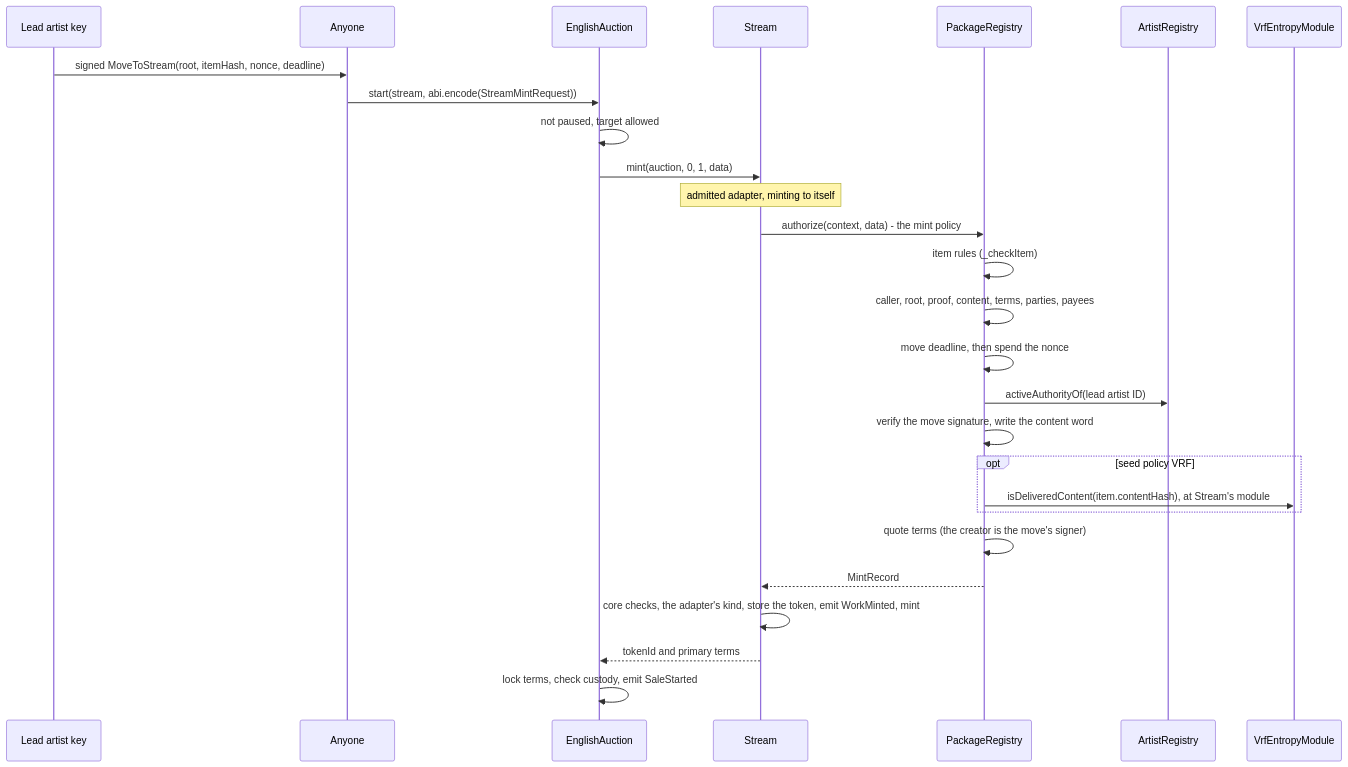
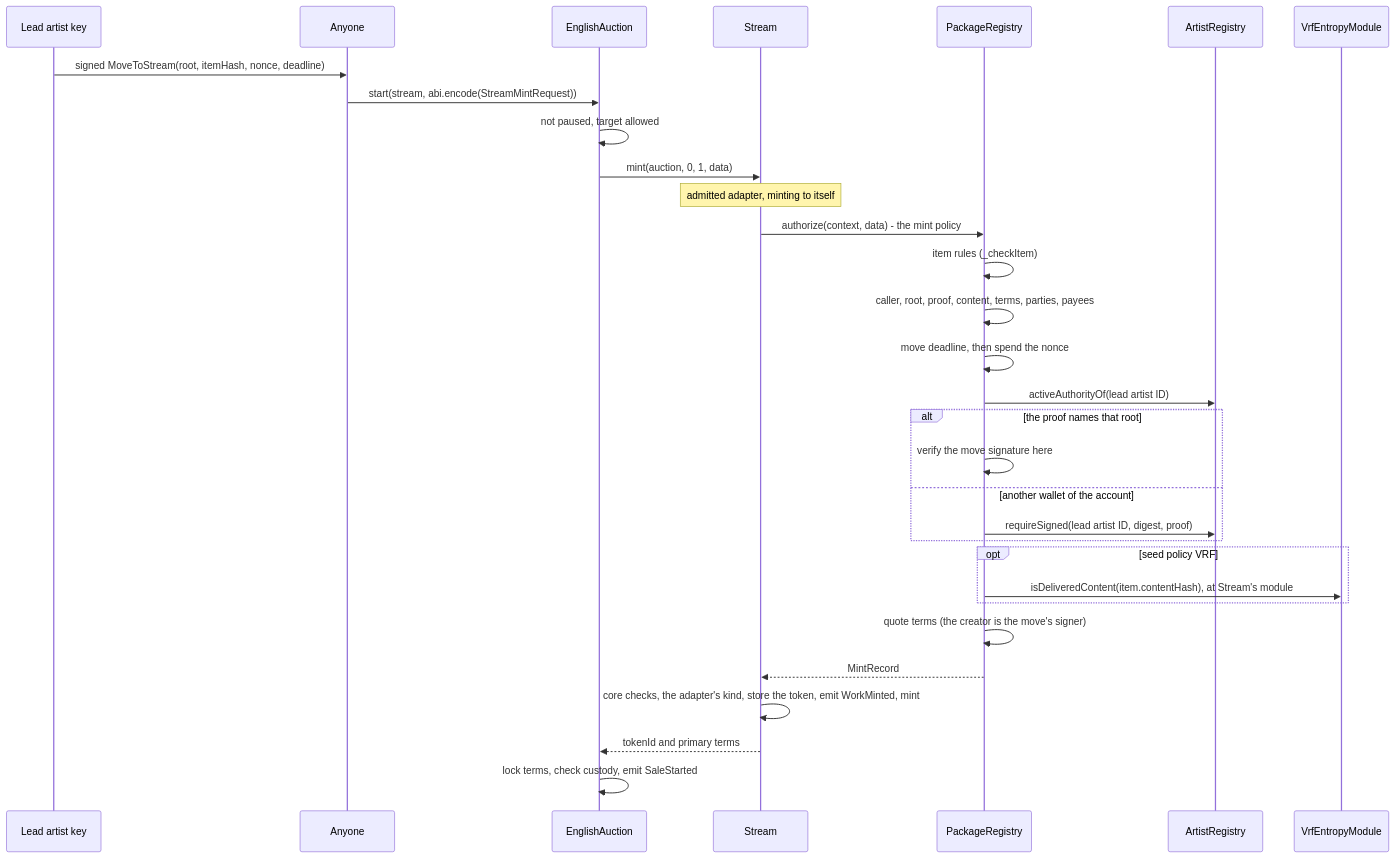
The sixth of 8 diagrams in docs/spec/curation.md (6529-Collections/6529-works), drawn with Mermaid before and after one commit. The commit also changed other lines of this file and 352 other files, not shown here.

````diff
--- a/docs/spec/curation.md
+++ b/docs/spec/curation.md
@@ -312,29 +320,33 @@
 ```mermaid
 sequenceDiagram
     participant Lead as Lead artist key
     participant Anyone as Anyone
     participant Auction as EnglishAuction
     participant Stream as Stream
     participant Registry as PackageRegistry
     participant Artists as ArtistRegistry
     participant Entropy as VrfEntropyModule
     Lead->>Anyone: signed MoveToStream(root, itemHash, nonce, deadline)
     Anyone->>Auction: start(stream, abi.encode(StreamMintRequest))
     Auction->>Auction: not paused, target allowed
     Auction->>Stream: mint(auction, 0, 1, data)
     Note over Stream: admitted adapter, minting to itself
     Stream->>Registry: authorize(context, data) - the mint policy
     Registry->>Registry: item rules (_checkItem)
     Registry->>Registry: caller, root, proof, content, terms, parties, payees
     Registry->>Registry: move deadline, then spend the nonce
     Registry->>Artists: activeAuthorityOf(lead artist ID)
-    Registry->>Registry: verify the move signature, write the content word
+    alt the proof names that root
+        Registry->>Registry: verify the move signature here
+    else another wallet of the account
+        Registry->>Artists: requireSigned(lead artist ID, digest, proof)
+    end
     opt seed policy VRF
         Registry->>Entropy: isDeliveredContent(item.contentHash), at Stream's module
     end
     Registry->>Registry: quote terms (the creator is the move's signer)
     Registry-->>Stream: MintRecord
     Stream->>Stream: core checks, the adapter's kind, store the token, emit WorkMinted, mint
     Stream-->>Auction: tokenId and primary terms
     Auction->>Auction: lock terms, check custody, emit SaleStarted
 ```
````
